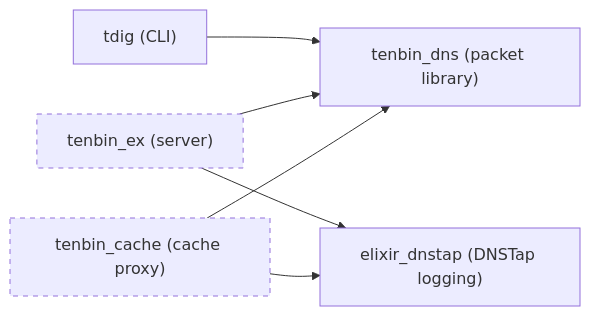
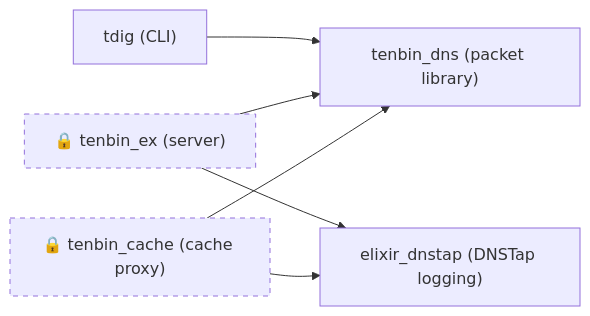
The diagram in profile/README.md (smkwlab/.github), drawn with Mermaid before and after one commit. The commit also changed other lines of this file, not shown here.

````diff
--- a/profile/README.md
+++ b/profile/README.md
@@ -12,14 +12,14 @@
 ```mermaid
 graph LR
   tdig["tdig (CLI)"] --> tenbin_dns
-  tenbin_ex["tenbin_ex (server)"] --> tenbin_dns
+  tenbin_ex["🔒 tenbin_ex (server)"] --> tenbin_dns
   tenbin_ex --> elixir_dnstap
-  tenbin_cache["tenbin_cache (cache proxy)"] --> tenbin_dns
+  tenbin_cache["🔒 tenbin_cache (cache proxy)"] --> tenbin_dns
   tenbin_cache --> elixir_dnstap
 
   tenbin_dns["tenbin_dns (packet library)"]
   elixir_dnstap["elixir_dnstap (DNSTap logging)"]
 
   classDef private stroke-dasharray: 5 5;
   class tenbin_ex,tenbin_cache private;
 ```
````
